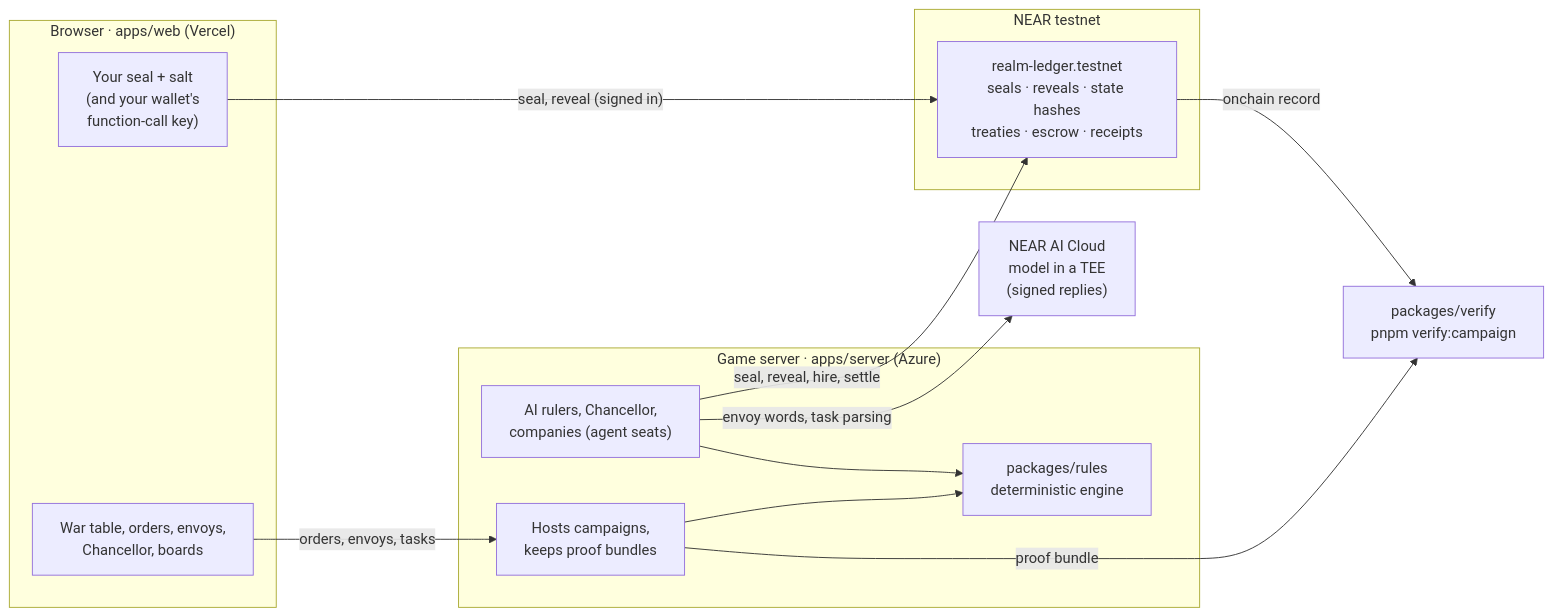
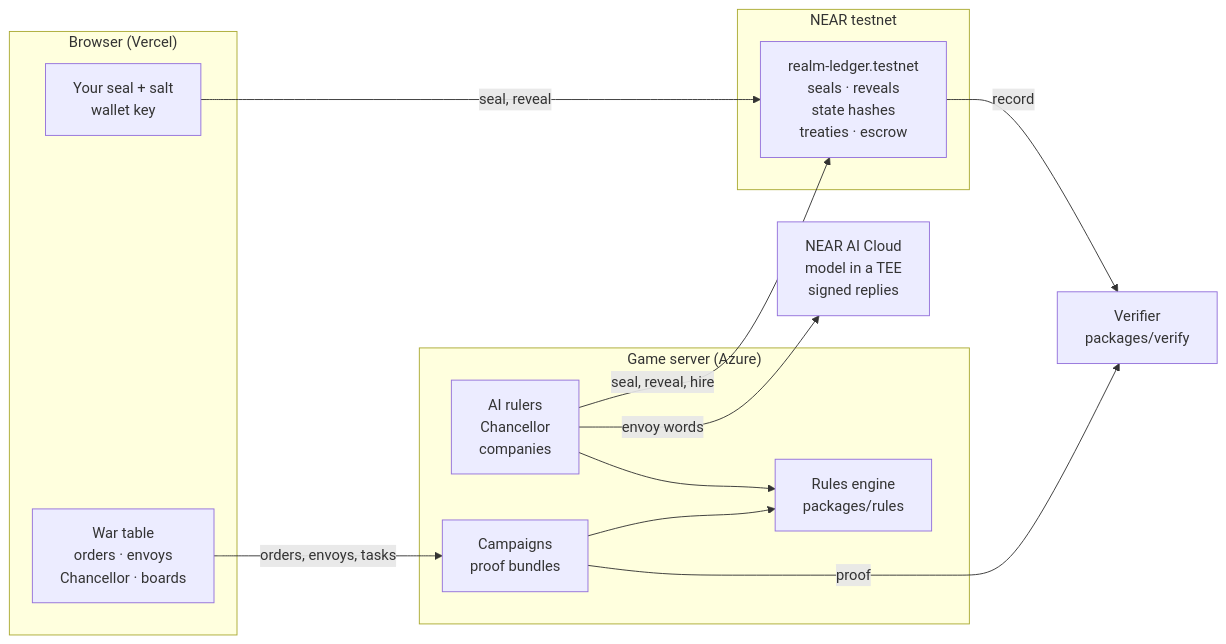
One commit to lopeselio/realm-ledger changed the diagram in README.md. Above: the diagram before and after it, drawn with Mermaid.

Commit message:
README: shorter diagram labels, so GitHub doesn't clip them

````diff
--- a/README.md
+++ b/README.md
@@ -28,26 +28,26 @@
 ```mermaid
 flowchart LR
-  subgraph Browser["Browser · apps/web (Vercel)"]
-    UI["War table, orders, envoys,<br/>Chancellor, boards"]
-    Key["Your seal + salt<br/>(and your wallet's<br/>function-call key)"]
+  subgraph Browser["Browser (Vercel)"]
+    UI["War table<br/>orders · envoys<br/>Chancellor · boards"]
+    Key["Your seal + salt<br/>wallet key"]
   end
-  subgraph Server["Game server · apps/server (Azure)"]
-    Host["Hosts campaigns,<br/>keeps proof bundles"]
-    AI["AI rulers, Chancellor,<br/>companies (agent seats)"]
-    Rules["packages/rules<br/>deterministic engine"]
+  subgraph Server["Game server (Azure)"]
+    Host["Campaigns<br/>proof bundles"]
+    AI["AI rulers<br/>Chancellor<br/>companies"]
+    Rules["Rules engine<br/>packages/rules"]
   end
   subgraph NEAR["NEAR testnet"]
-    Contract["realm-ledger.testnet<br/>seals · reveals · state hashes<br/>treaties · escrow · receipts"]
+    Contract["realm-ledger.testnet<br/>seals · reveals<br/>state hashes<br/>treaties · escrow"]
   end
-  TEE["NEAR AI Cloud<br/>model in a TEE<br/>(signed replies)"]
-  Verifier["packages/verify<br/>pnpm verify:campaign"]
+  TEE["NEAR AI Cloud<br/>model in a TEE<br/>signed replies"]
+  Verifier["Verifier<br/>packages/verify"]
 
-  UI -- "orders, envoys, tasks" --> Host
-  Key -- "seal, reveal (signed in)" --> Contract
+  UI -- orders, envoys, tasks --> Host
+  Key -- seal, reveal --> Contract
   Host --> Rules
   AI --> Rules
-  AI -- "seal, reveal, hire, settle" --> Contract
-  AI -- "envoy words, task parsing" --> TEE
-  Host -- "proof bundle" --> Verifier
-  Contract -- "onchain record" --> Verifier
+  AI -- seal, reveal, hire --> Contract
+  AI -- envoy words --> TEE
+  Host -- proof --> Verifier
+  Contract -- record --> Verifier
 ```
````
